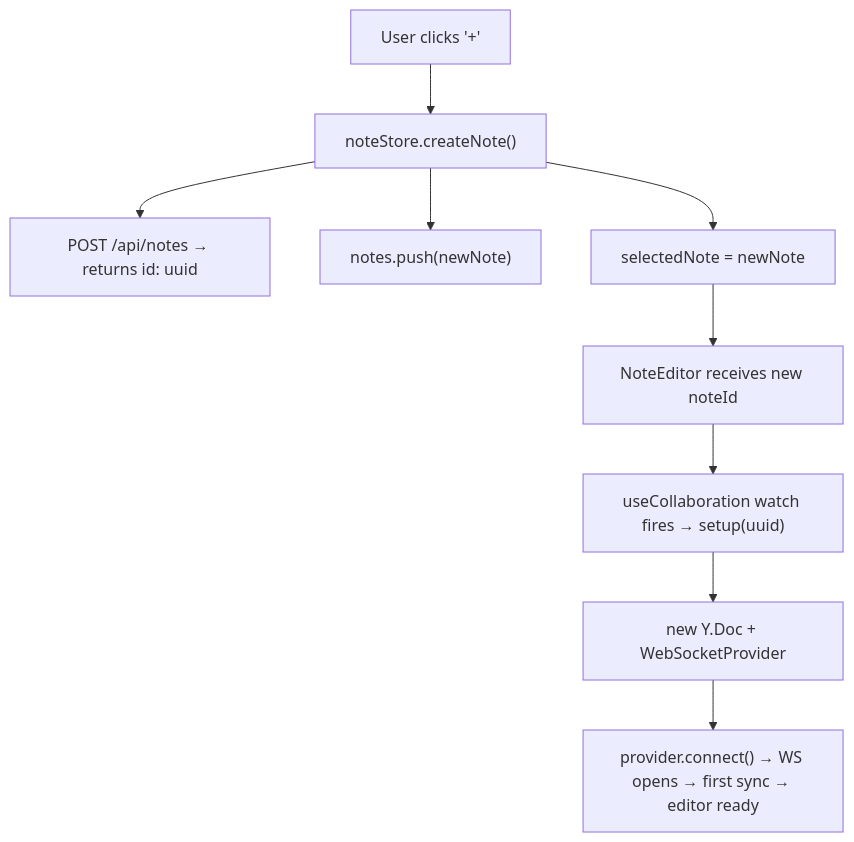
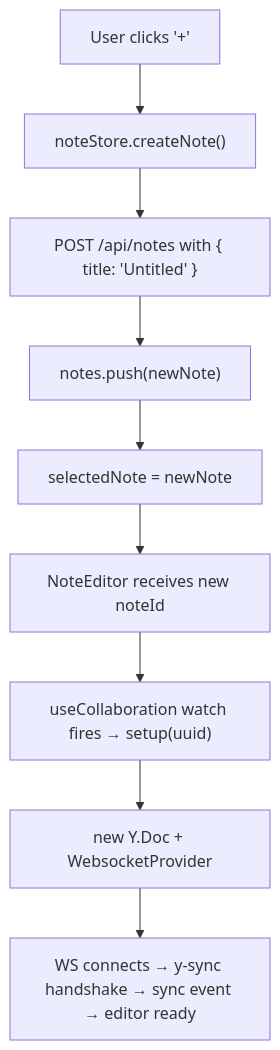
Before and after one commit to MySeaLeeOom/basic_structure: diagram 11 of 13 in srcs/requirements/frontend/docs/dev/tiptap-yjs-summary.md, drawn with Mermaid. The commit also changed other lines of this file and 6 other files, not shown here.

First line of the commit message:
Update dev docs for y-websocket architecture and condense obsolete content

````diff
--- a/srcs/requirements/frontend/docs/dev/tiptap-yjs-summary.md
+++ b/srcs/requirements/frontend/docs/dev/tiptap-yjs-summary.md
@@ -587,11 +513,11 @@
 ```mermaid
 flowchart TD
     A["User clicks '+'"] --> B["noteStore.createNote()"]
-    B --> C["POST /api/notes → returns id: uuid"]
-    B --> D["notes.push(newNote)"]
-    B --> E["selectedNote = newNote"]
+    B --> C["POST /api/notes with { title: 'Untitled' }"]
+    C --> D["notes.push(newNote)"]
+    D --> E["selectedNote = newNote"]
     E --> F["NoteEditor receives new noteId"]
     F --> G["useCollaboration watch fires → setup(uuid)"]
-    G --> H["new Y.Doc + WebSocketProvider"]
-    H --> I["provider.connect() → WS opens → first sync → editor ready"]
+    G --> H["new Y.Doc + WebsocketProvider"]
+    H --> I["WS connects → y-sync handshake → sync event → editor ready"]
 ```
````
